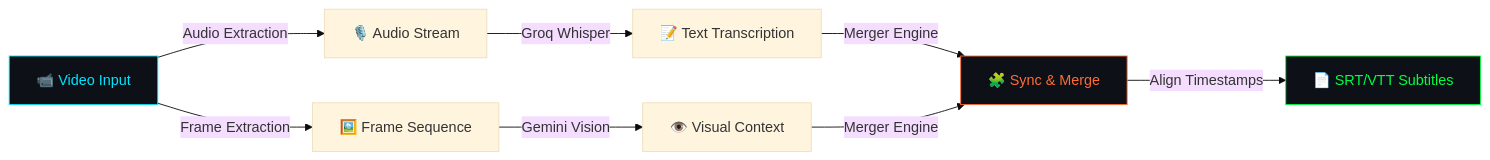
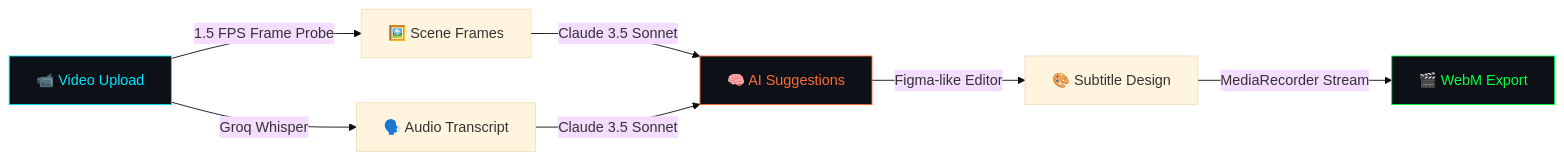
The fifth of 5 diagrams in README.md (Rishabh02104/Rishabh02104), drawn with Mermaid (base theme) before and after one commit. The commit also changed other lines of this file, not shown here.

Commit message:
Update profile with VoxFrame release, pipeline, and contribution matrix

````diff
--- a/README.md
+++ b/README.md
@@ -297,12 +298,11 @@
 ```mermaid
 graph LR
-  Video[📹 Video Input] -->|Audio Extraction| Audio[🎙️ Audio Stream]
-  Video -->|Frame Extraction| Frames[🖼️ Frame Sequence]
-  Audio -->|Groq Whisper| Trans[📝 Text Transcription]
-  Frames -->|Gemini Vision| Descriptions[👁️ Visual Context]
-  Trans & Descriptions -->|Merger Engine| Merge[🧩 Sync & Merge]
-  Merge -->|Align Timestamps| SRT[📄 SRT/VTT Subtitles]
-  style Video fill:#0d1117,stroke:#00E5FF,color:#00E5FF
-  style SRT fill:#0d1117,stroke:#00FF41,color:#00FF41
-  style Merge fill:#0d1117,stroke:#FF6B35,color:#FF6B35
+  A[📹 Video Upload] -->|1.5 FPS Frame Probe| B[🖼️ Scene Frames]
+  A -->|Groq Whisper| C[🗣️ Audio Transcript]
+  B & C -->|Claude 3.5 Sonnet| D[🧠 AI Suggestions]
+  D -->|Figma-like Editor| E[🎨 Subtitle Design]
+  E -->|MediaRecorder Stream| F[🎬 WebM Export]
+  style A fill:#0d1117,stroke:#00E5FF,color:#00E5FF
+  style D fill:#0d1117,stroke:#FF6B35,color:#FF6B35
+  style F fill:#0d1117,stroke:#00FF41,color:#00FF41
 ```
````
